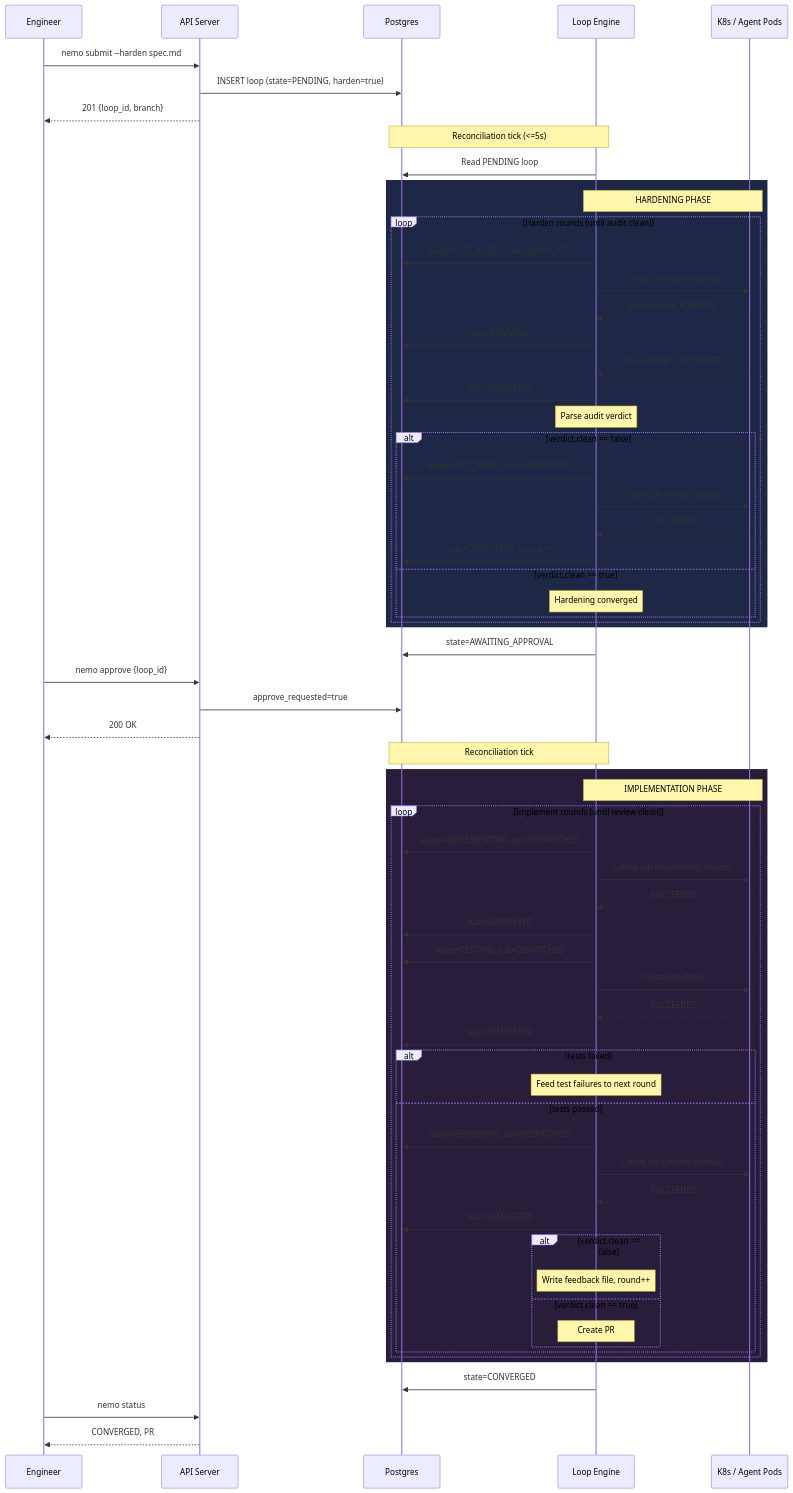
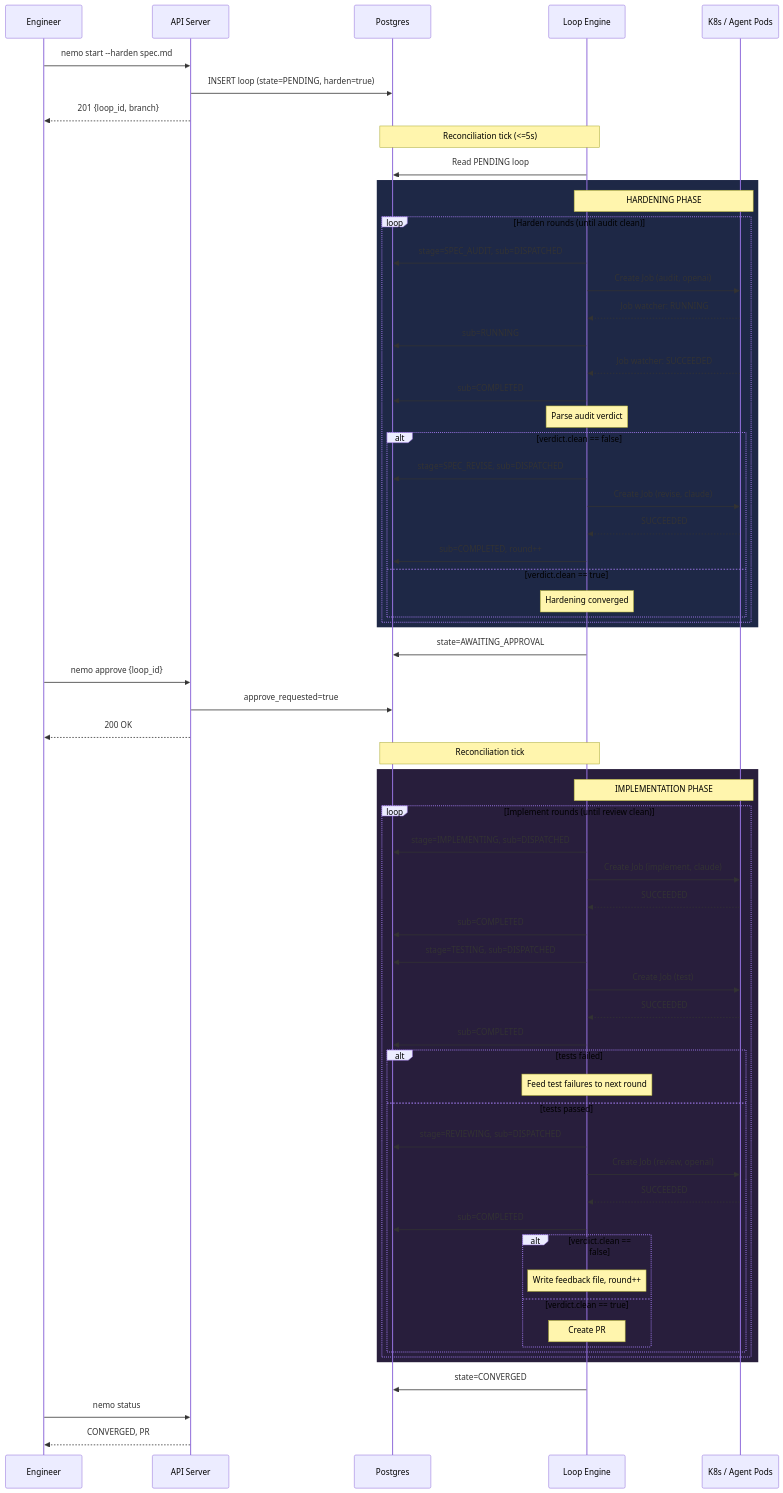
One commit to tinkrtailor/nautiloop changed the third of 12 diagrams in docs/architecture-diagrams.md. Above: the diagram before and after it, drawn with Mermaid. The commit also changed other lines of this file and 3 other files, not shown here.

First line of the commit message:
feat: three-verb CLI design + merge ship/harden into Lane A spec

````diff
--- a/docs/architecture-diagrams.md
+++ b/docs/architecture-diagrams.md
@@ -111,79 +111,79 @@
 ```mermaid
 sequenceDiagram
     participant E as Engineer
     participant API as API Server
     participant PG as Postgres
     participant LE as Loop Engine
     participant K8s as K8s / Agent Pods
 
-    E->>API: nemo submit --harden spec.md
+    E->>API: nemo start --harden spec.md
     API->>PG: INSERT loop (state=PENDING, harden=true)
     API-->>E: 201 {loop_id, branch}
 
     Note over LE,PG: Reconciliation tick (<=5s)
     LE->>PG: Read PENDING loop
 
     rect rgb(30, 40, 70)
         Note over LE,K8s: HARDENING PHASE
         loop Harden rounds (until audit clean)
             LE->>PG: stage=SPEC_AUDIT, sub=DISPATCHED
             LE->>K8s: Create Job (audit, openai)
             K8s-->>LE: Job watcher: RUNNING
             LE->>PG: sub=RUNNING
             K8s-->>LE: Job watcher: SUCCEEDED
             LE->>PG: sub=COMPLETED
             Note over LE: Parse audit verdict
 
             alt verdict.clean == false
                 LE->>PG: stage=SPEC_REVISE, sub=DISPATCHED
                 LE->>K8s: Create Job (revise, claude)
                 K8s-->>LE: SUCCEEDED
                 LE->>PG: sub=COMPLETED, round++
             else verdict.clean == true
                 Note over LE: Hardening converged
             end
         end
     end
 
     LE->>PG: state=AWAITING_APPROVAL
 
     E->>API: nemo approve {loop_id}
     API->>PG: approve_requested=true
     API-->>E: 200 OK
 
     Note over LE,PG: Reconciliation tick
 
     rect rgb(40, 30, 60)
         Note over LE,K8s: IMPLEMENTATION PHASE
         loop Implement rounds (until review clean)
             LE->>PG: stage=IMPLEMENTING, sub=DISPATCHED
             LE->>K8s: Create Job (implement, claude)
             K8s-->>LE: SUCCEEDED
             LE->>PG: sub=COMPLETED
 
             LE->>PG: stage=TESTING, sub=DISPATCHED
             LE->>K8s: Create Job (test)
             K8s-->>LE: SUCCEEDED
             LE->>PG: sub=COMPLETED
 
             alt tests failed
                 Note over LE: Feed test failures to next round
             else tests passed
                 LE->>PG: stage=REVIEWING, sub=DISPATCHED
                 LE->>K8s: Create Job (review, openai)
                 K8s-->>LE: SUCCEEDED
                 LE->>PG: sub=COMPLETED
 
                 alt verdict.clean == false
                     Note over LE: Write feedback file, round++
                 else verdict.clean == true
                     Note over LE: Create PR
                 end
             end
         end
     end
 
     LE->>PG: state=CONVERGED
     E->>API: nemo status
     API-->>E: CONVERGED, PR #42
 ```
````
